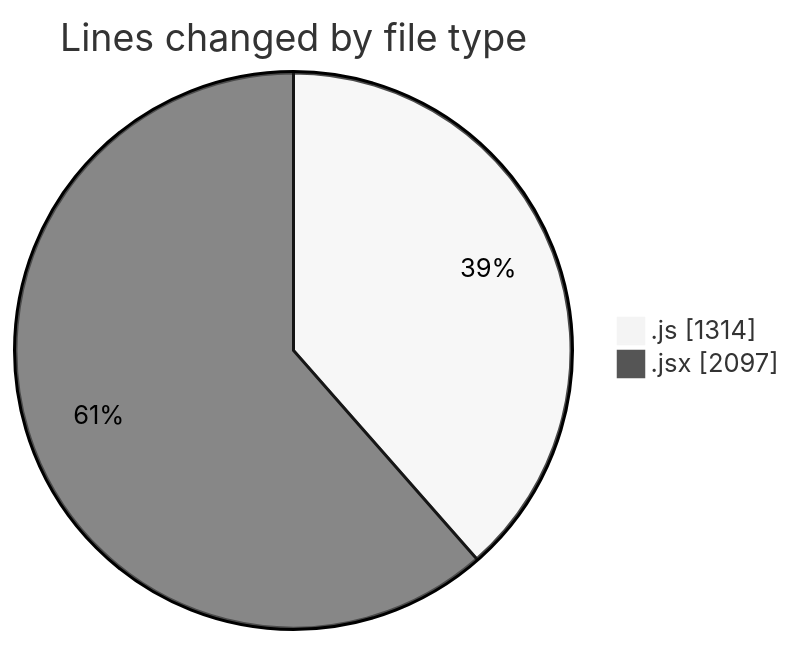
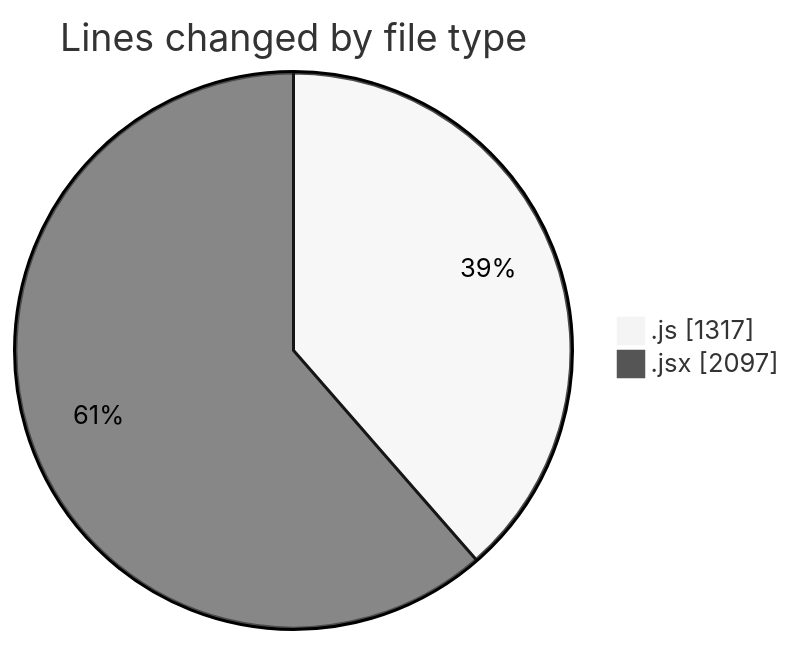
The first of 2 diagrams in 2025-08-28/nxtqube_webapp/README.md (nxtqubesakshisongat/code-tracking), drawn with Mermaid (neutral theme) before and after one commit. The commit also changed other lines of this file and 1 other file, not shown here.

````diff
--- a/2025-08-28/nxtqube_webapp/README.md
+++ b/2025-08-28/nxtqube_webapp/README.md
@@ -25,6 +25,6 @@
 ```mermaid
 pie showData
 title Lines changed by file type
-".js" : 1314
+".js" : 1317
 ".jsx" : 2097
 ```
````
